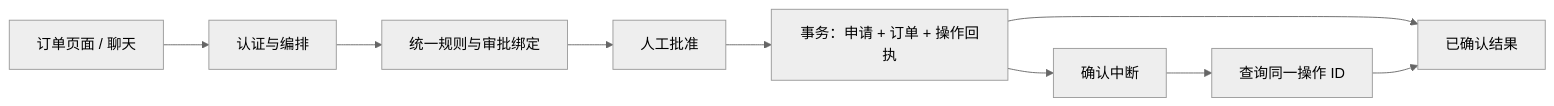
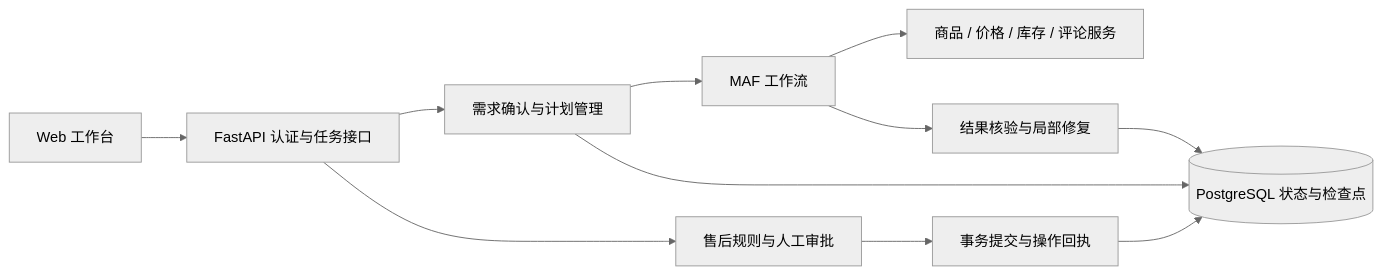
Before and after one commit to s1encisi/reliable-commerce-agents: the diagram in README.md, drawn with Mermaid (neutral theme). The commit also changed other lines of this file and 1 other file, not shown here.

````diff
--- a/README.md
+++ b/README.md
@@ -15,11 +20,13 @@
 ```mermaid
 flowchart LR
-  UI[订单页面 / 聊天] --> API[认证与编排]
-  API --> P[统一规则与审批绑定]
-  P --> A[人工批准]
-  A --> T[事务：申请 + 订单 + 操作回执]
-  T --> R[已确认结果]
-  T --> U[确认中断]
-  U --> Q[查询同一操作 ID]
-  Q --> R
+  W[Web 工作台] --> A[FastAPI 认证与任务接口]
+  A --> P[需求确认与计划管理]
+  P --> M[MAF 工作流]
+  M --> S[商品 / 价格 / 库存 / 评论服务]
+  M --> R[结果核验与局部修复]
+  A --> H[售后规则与人工审批]
+  H --> T[事务提交与操作回执]
+  P --> D[(PostgreSQL 状态与检查点)]
+  R --> D
+  T --> D
 ```
````
